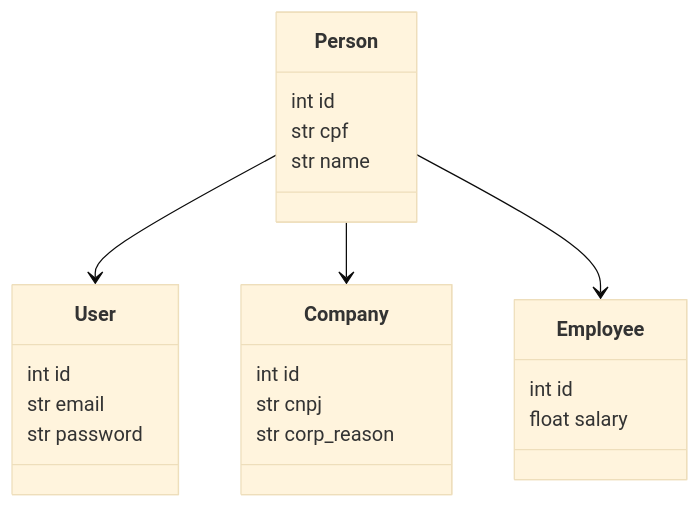
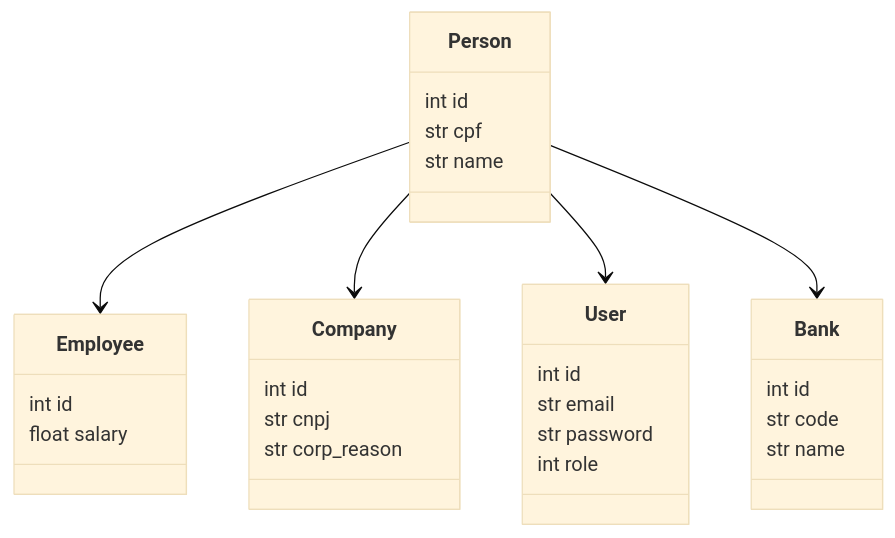
The diagram in README.md (artphil/auto_credit), drawn with Mermaid (base theme) before and after one commit. The commit also changed other lines of this file, not shown here.

````diff
--- a/README.md
+++ b/README.md
@@ -46,17 +39,22 @@
 ```mermaid
 classDiagram
 Person: int id
 Person: str cpf
 Person: str name
-Person --> User
-Person --> Company
-Person --> Employee
 User: int id
 User: str email
 User: str password
+User: int role
 Company: int id
 Company: str cnpj
 Company: str corp_reason
 Employee: int id
 Employee: float salary
+Bank: int id
+Bank: str code
+Bank: str name
+Person --> Employee
+Person --> Company
+Person --> User
+Person --> Bank
 ```
````
